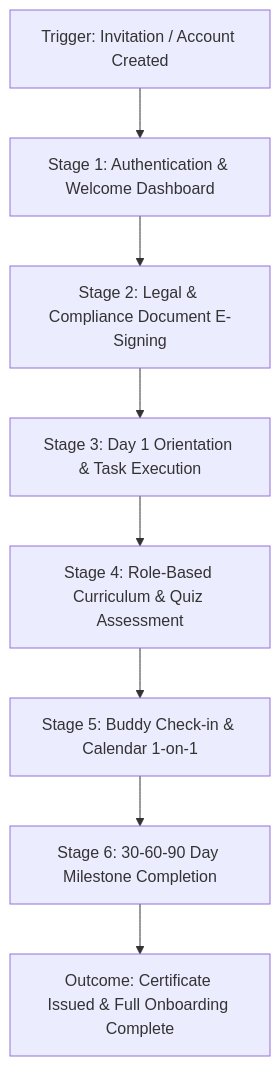
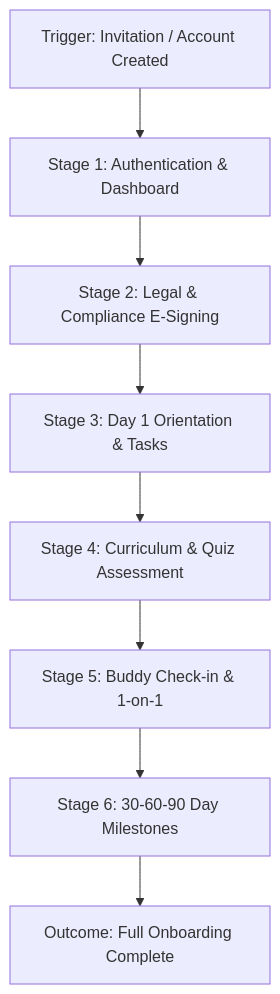
Before and after one commit to kavicastelo/talnova-onboarding: the second of 6 diagrams in docs/version 2.0.0/user_journeys/TALNOVA_V2_USER_JOURNEY_SYSTEM_ARCHITECTURE.md, drawn with Mermaid. The commit also changed other lines of this file and 1 other file, not shown here.

Commit message:
fix charts in user journeys doc

````diff
--- a/docs/version 2.0.0/user_journeys/TALNOVA_V2_USER_JOURNEY_SYSTEM_ARCHITECTURE.md
+++ b/docs/version 2.0.0/user_journeys/TALNOVA_V2_USER_JOURNEY_SYSTEM_ARCHITECTURE.md
@@ -256,10 +256,10 @@
 ```mermaid
 graph TD
-    A[Trigger: Invitation / Account Created] --> B[Stage 1: Authentication & Welcome Dashboard]
-    B --> C[Stage 2: Legal & Compliance Document E-Signing]
-    C --> D[Stage 3: Day 1 Orientation & Task Execution]
-    D --> E[Stage 4: Role-Based Curriculum & Quiz Assessment]
-    E --> F[Stage 5: Buddy Check-in & Calendar 1-on-1]
-    F --> G[Stage 6: 30-60-90 Day Milestone Completion]
-    G --> H[Outcome: Certificate Issued & Full Onboarding Complete]
+    A["Trigger: Invitation / Account Created"] --> B["Stage 1: Authentication & Dashboard"]
+    B --> C["Stage 2: Legal & Compliance E-Signing"]
+    C --> D["Stage 3: Day 1 Orientation & Tasks"]
+    D --> E["Stage 4: Curriculum & Quiz Assessment"]
+    E --> F["Stage 5: Buddy Check-in & 1-on-1"]
+    F --> G["Stage 6: 30-60-90 Day Milestones"]
+    G --> H["Outcome: Full Onboarding Complete"]
 ```
````
